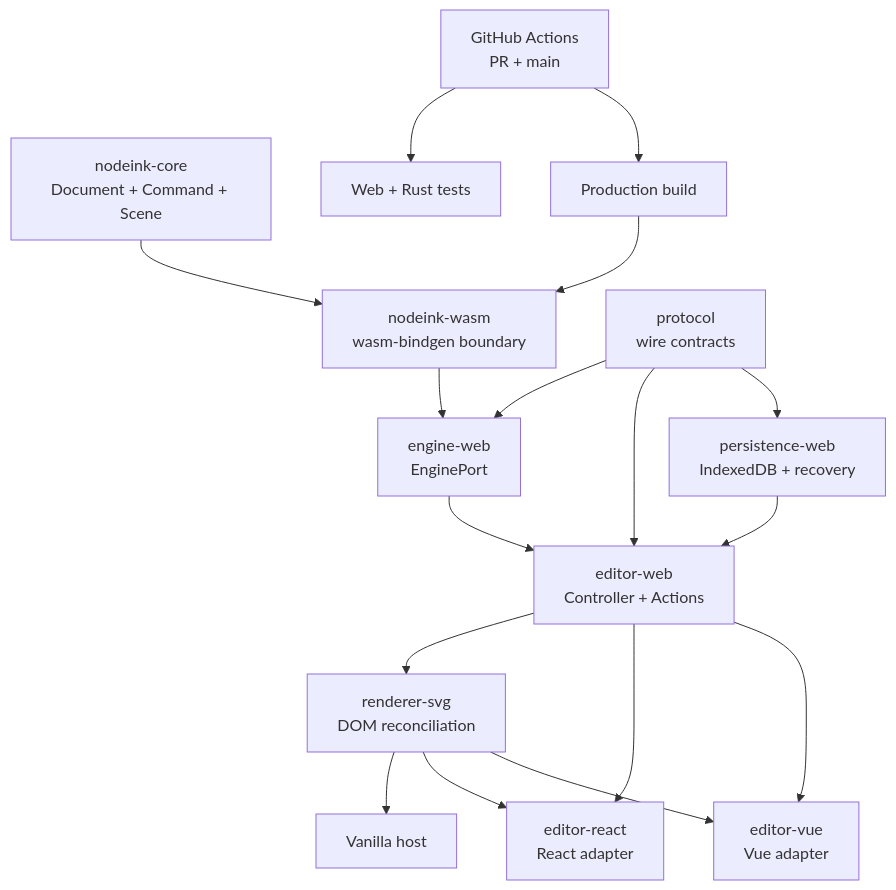
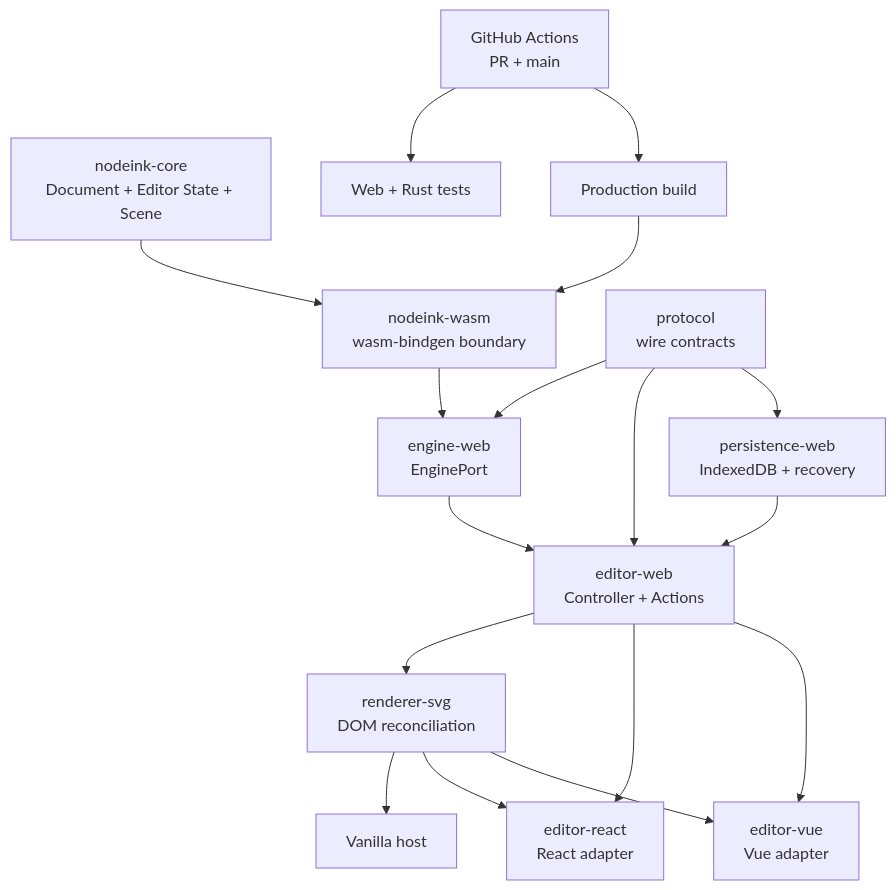
One commit to deweyou/node-ink changed the diagram in docs/project-structure.md. Above: the diagram before and after it, drawn with Mermaid. The commit also changed other lines of this file and 36 other files, not shown here.

````diff
--- a/docs/project-structure.md
+++ b/docs/project-structure.md
@@ -3,19 +3,19 @@
 ```mermaid
 flowchart TD
-    Core["nodeink-core\nDocument + Command + Scene"] --> Wasm["nodeink-wasm\nwasm-bindgen boundary"]
+    Core["nodeink-core\nDocument + Editor State + Scene"] --> Wasm["nodeink-wasm\nwasm-bindgen boundary"]
     Wasm --> Engine["engine-web\nEnginePort"]
     Protocol["protocol\nwire contracts"] --> Engine
     Protocol --> Controller["editor-web\nController + Actions"]
     Engine --> Controller
     Controller --> Renderer["renderer-svg\nDOM reconciliation"]
     Protocol --> Persistence["persistence-web\nIndexedDB + recovery"]
     Persistence --> Controller
     Controller --> React["editor-react\nReact adapter"]
     Controller --> Vue["editor-vue\nVue adapter"]
     Renderer --> Vanilla["Vanilla host"]
     Renderer --> React
     Renderer --> Vue
     CI["GitHub Actions\nPR + main"] --> Tests["Web + Rust tests"]
     CI --> Build["Production build"]
     Build --> Wasm
 ```
````
